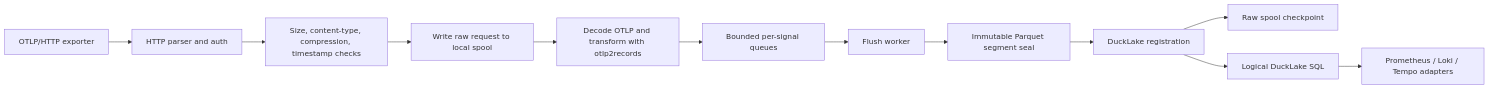
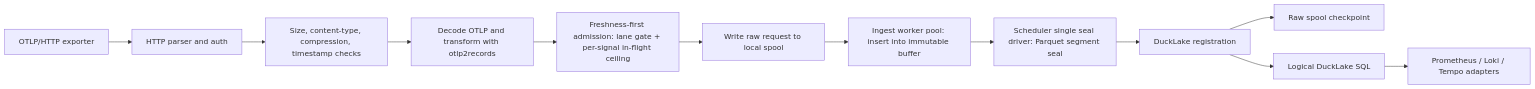
Before and after one commit to smithclay/canardstack: the diagram in docs/architecture/v0-architecture.md, drawn with Mermaid. The commit also changed other lines of this file and 19 other files, not shown here.

First line of the commit message:
refactor(ingest): collapse dual admission into one freshness gate

````diff
--- a/docs/architecture/v0-architecture.md
+++ b/docs/architecture/v0-architecture.md
@@ -42,14 +44,14 @@
 ```mermaid
 flowchart LR
   A["OTLP/HTTP exporter"] --> B["HTTP parser and auth"]
   B --> C["Size, content-type, compression, timestamp checks"]
-  C --> D["Write raw request to local spool"]
-  D --> E["Decode OTLP and transform with otlp2records"]
-  E --> F["Bounded per-signal queues"]
-  F --> G["Flush worker"]
-  G --> H["Immutable Parquet segment seal"]
+  C --> D["Decode OTLP and transform with otlp2records"]
+  D --> E["Freshness-first admission: lane gate + per-signal in-flight ceiling"]
+  E --> F["Write raw request to local spool"]
+  F --> G["Ingest worker pool: insert into immutable buffer"]
+  G --> H["Scheduler single seal driver: Parquet segment seal"]
   H --> I["DuckLake registration"]
   I --> J["Raw spool checkpoint"]
   I --> K["Logical DuckLake SQL"]
   K --> L["Prometheus / Loki / Tempo adapters"]
 ```
````
